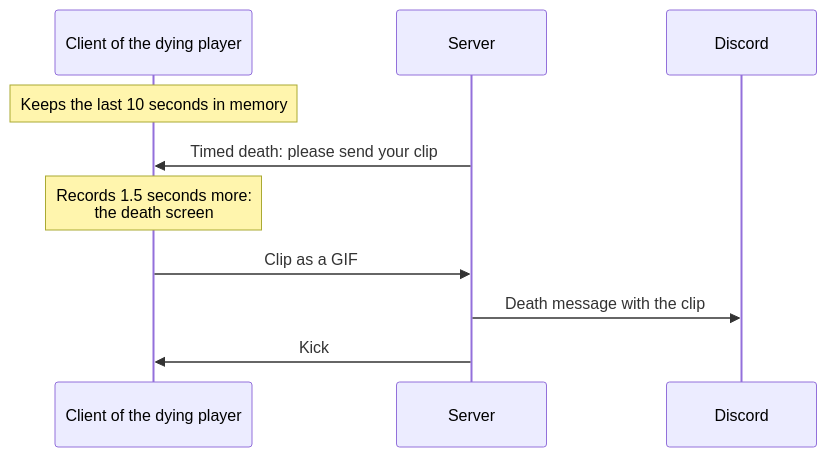
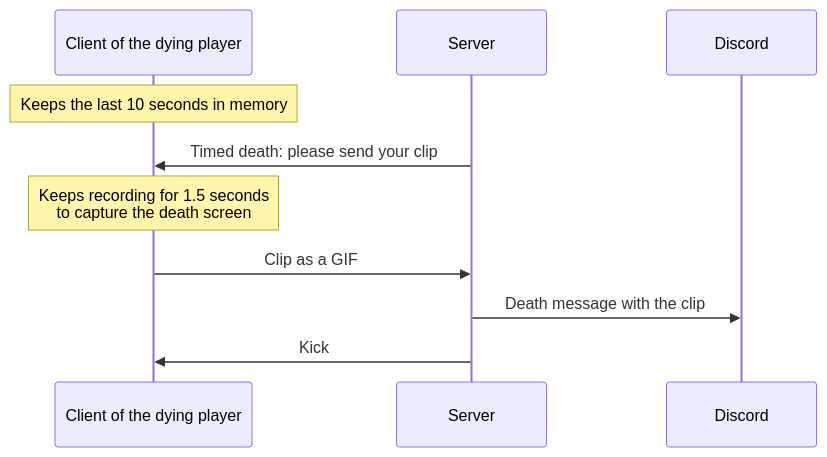
One commit to Laubfrosch49/minecraft-timed-hardcore changed the second of 2 diagrams in README.md. Above: the diagram before and after it, drawn with Mermaid. The commit also changed other lines of this file and 5 other files, not shown here.

````diff
--- a/README.md
+++ b/README.md
@@ -140,12 +140,12 @@
 ```mermaid
 sequenceDiagram
     participant C as Client of the dying player
     participant S as Server
     participant D as Discord
     Note over C: Keeps the last 10 seconds in memory
     S->>C: Timed death: please send your clip
-    Note over C: Records 1.5 seconds more:<br>the death screen
+    Note over C: Keeps recording for 1.5 seconds<br>to capture the death screen
     C->>S: Clip as a GIF
     S->>D: Death message with the clip
     S->>C: Kick
 ```
````
